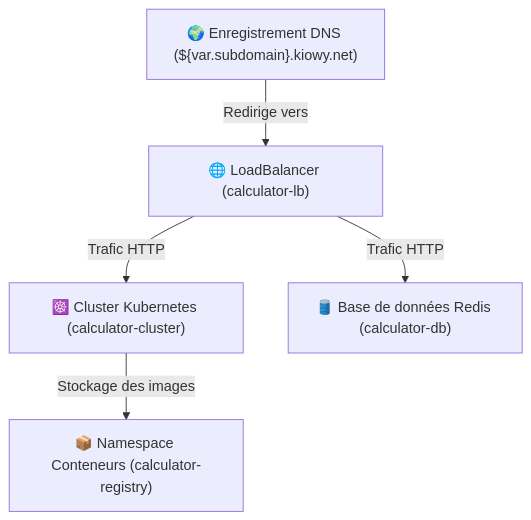
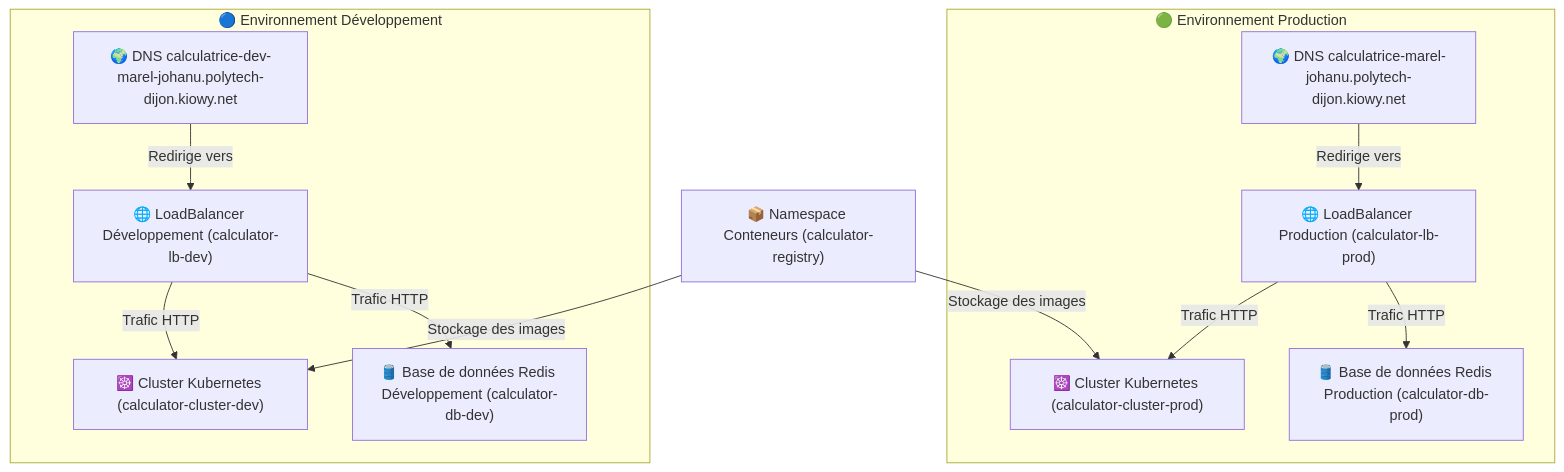
The diagram in foundation/README.md (agonglomarel7/module_virtualisation_-_cloud_computing), drawn with Mermaid before and after one commit. The commit also changed other lines of this file, not shown here.

````diff
--- a/foundation/README.md
+++ b/foundation/README.md
@@ -17,9 +9,17 @@
 ```mermaid
 graph TD;
-    LB["🌐 LoadBalancer (calculator-lb)"] -->|Trafic HTTP| K8S["☸️ Cluster Kubernetes (calculator-cluster)"];
-    LB -->|Trafic HTTP| Redis["🛢️ Base de données Redis (calculator-db)"];
+    subgraph PROD["🟢 Environnement Production"]
+        LB_PROD["🌐 LoadBalancer Production (calculator-lb-prod)"] -->|Trafic HTTP| K8S_PROD["☸️ Cluster Kubernetes (calculator-cluster-prod)"];
+        LB_PROD -->|Trafic HTTP| Redis_PROD["🛢️ Base de données Redis Production (calculator-db-prod)"];
+        DNS_PROD["🌍 DNS calculatrice-marel-johanu.polytech-dijon.kiowy.net"] -->|Redirige vers| LB_PROD;
+    end
 
-    K8S -->|Stockage des images| Registry["📦 Namespace Conteneurs (calculator-registry)"];
-    
-    DNS["🌍 Enregistrement DNS (${var.subdomain}.kiowy.net)"] -->|Redirige vers| LB;
+    subgraph DEV["🔵 Environnement Développement"]
+        LB_DEV["🌐 LoadBalancer Développement (calculator-lb-dev)"] -->|Trafic HTTP| K8S_DEV["☸️ Cluster Kubernetes (calculator-cluster-dev)"];
+        LB_DEV -->|Trafic HTTP| Redis_DEV["🛢️ Base de données Redis Développement (calculator-db-dev)"];
+        DNS_DEV["🌍 DNS calculatrice-dev-marel-johanu.polytech-dijon.kiowy.net"] -->|Redirige vers| LB_DEV;
+    end
+
+    Registry["📦 Namespace Conteneurs (calculator-registry)"] -->|Stockage des images| K8S_PROD;
+    Registry -->|Stockage des images| K8S_DEV;
 ```
````
